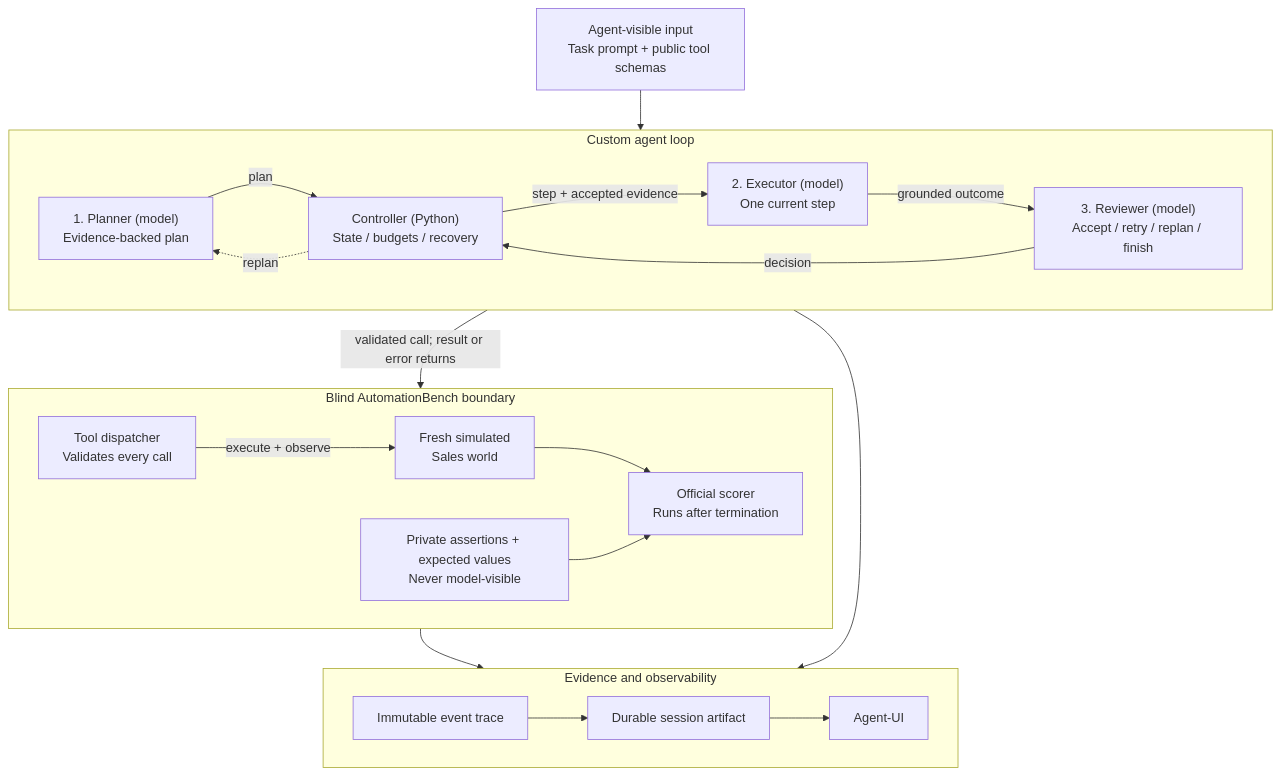
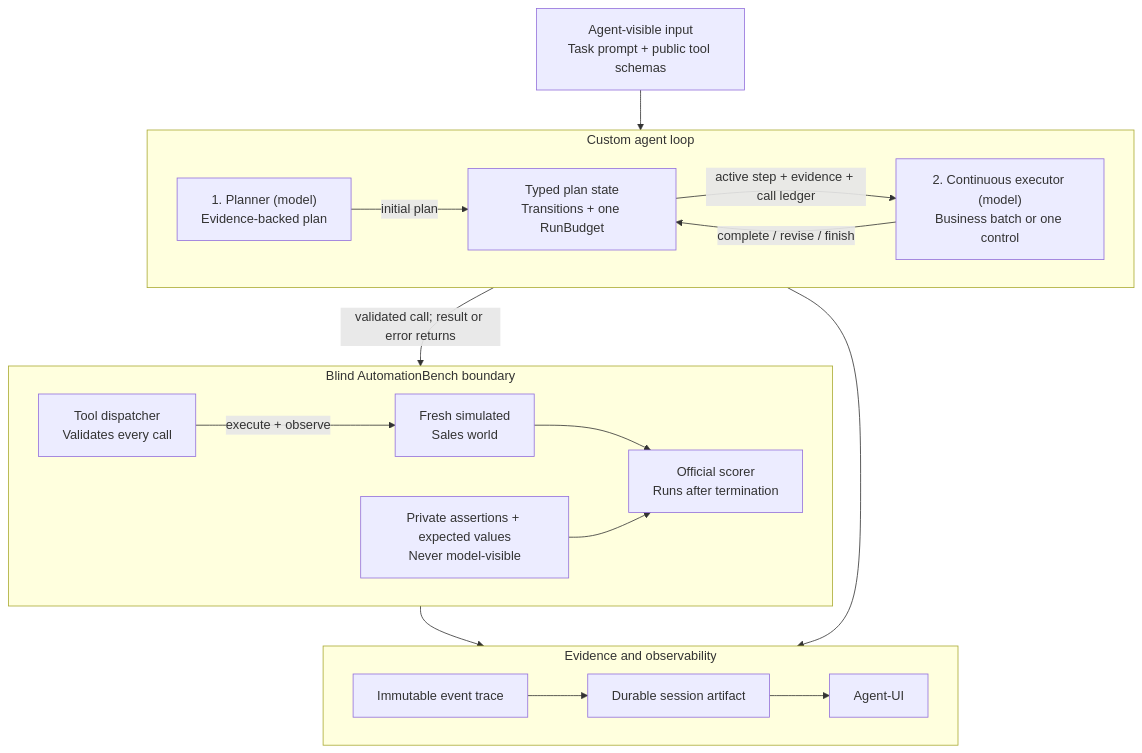
Before and after one commit to Martinmjal/sales_ai_agent_case_study: the diagram in README.md, drawn with Mermaid. The commit also changed other lines of this file and 25 other files, not shown here.

````diff
--- a/README.md
+++ b/README.md
@@ -68,45 +67,42 @@
 ```mermaid
 flowchart TB
     I["Agent-visible input<br/>Task prompt + public tool schemas"]
 
     subgraph CORE["Custom agent loop"]
         direction LR
         P["1. Planner (model)<br/>Evidence-backed plan"]
-        C["Controller (Python)<br/>State / budgets / recovery"]
-        E["2. Executor (model)<br/>One current step"]
-        R["3. Reviewer (model)<br/>Accept / retry / replan / finish"]
+        C["Typed plan state<br/>Transitions + one RunBudget"]
+        E["2. Continuous executor (model)<br/>Business batch or one control"]
 
-        P -->|"plan"| C
-        C -->|"step + accepted evidence"| E
-        E -->|"grounded outcome"| R
-        R -->|"decision"| C
-        C -.->|"replan"| P
+        P -->|"initial plan"| C
+        C -->|"active step + evidence + call ledger"| E
+        E -->|"complete / revise / finish"| C
     end
 
     subgraph BENCH["Blind AutomationBench boundary"]
         direction LR
         D["Tool dispatcher<br/>Validates every call"]
         W["Fresh simulated<br/>Sales world"]
         S["Official scorer<br/>Runs after termination"]
         X["Private assertions + expected values<br/>Never model-visible"]
 
         D -->|"execute + observe"| W
         W --> S
         X --> S
     end
 
     subgraph OUTPUT["Evidence and observability"]
         direction LR
         T["Immutable event trace"]
         O["Durable session artifact"]
         U["Agent-UI"]
 
         T --> O
         O --> U
     end
 
     I --> P
     E -->|"validated call; result or error returns"| D
     C --> T
     S --> O
 ```
````
